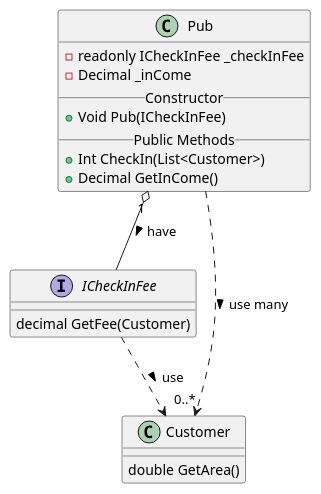
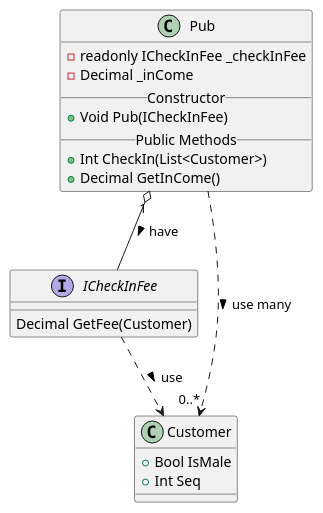
Before and after one commit to tedmax100/FeeForPub: the diagram in FeeForPub/README.md, drawn with PlantUML. The commit also changed other lines of this file, not shown here.

Commit message:
[Doc] Change UML

````diff
--- a/FeeForPub/README.md
+++ b/FeeForPub/README.md
@@ -13,25 +13,26 @@
 ```plantuml
 @startuml
 interface ICheckInFee {
-    decimal GetFee(Customer)
+    Decimal GetFee(Customer)
 }
 
 class Customer {
-    double GetArea()
+    + Bool IsMale
+    + Int Seq
 }
 
 class Pub {
     - readonly ICheckInFee _checkInFee
     - Decimal _inCome
     __ Constructor __
     + Void Pub(ICheckInFee)
     __ Public Methods __
     + Int CheckIn(List<Customer>)
     + Decimal GetInCome()
 }
 
 Pub "1" o-- ICheckInFee : have  >
 Pub ..> "0..*" Customer : use many >
 ICheckInFee ..> Customer : use >
 @enduml
 ```
````
